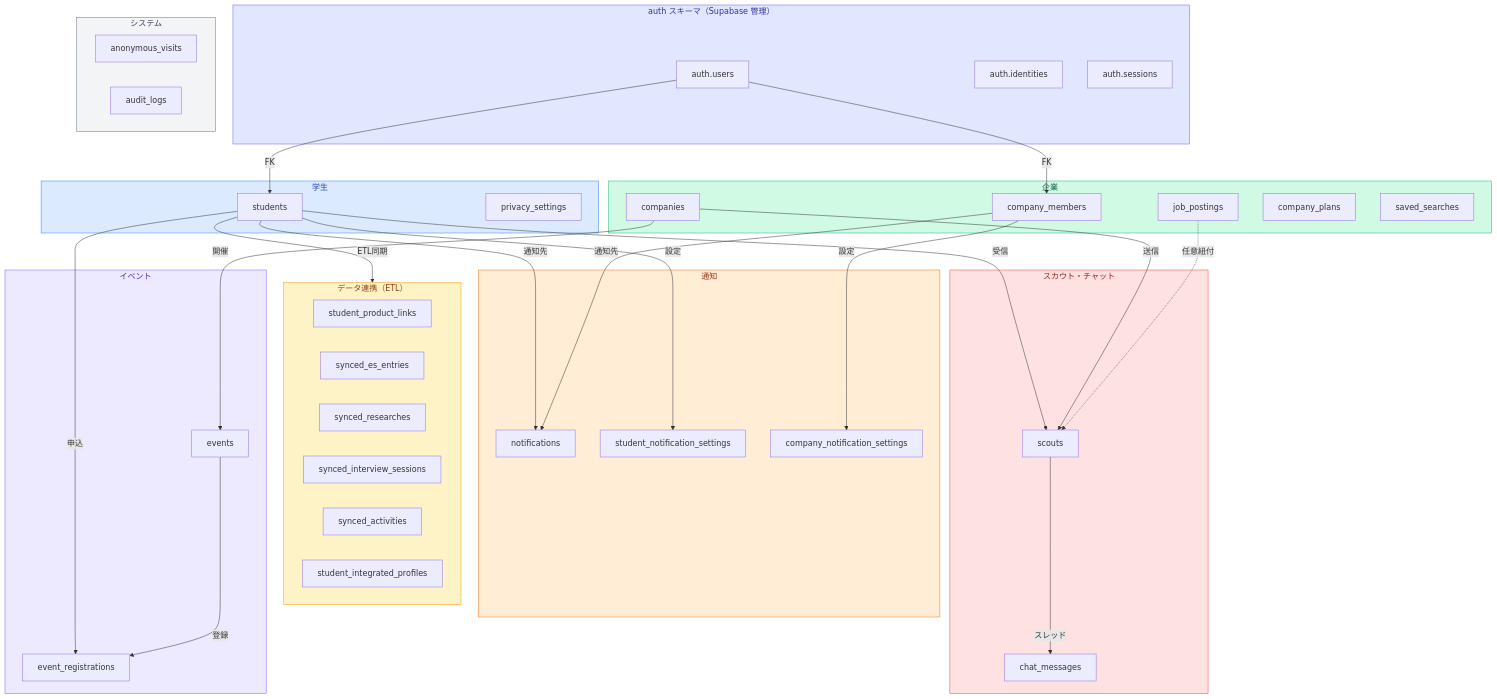
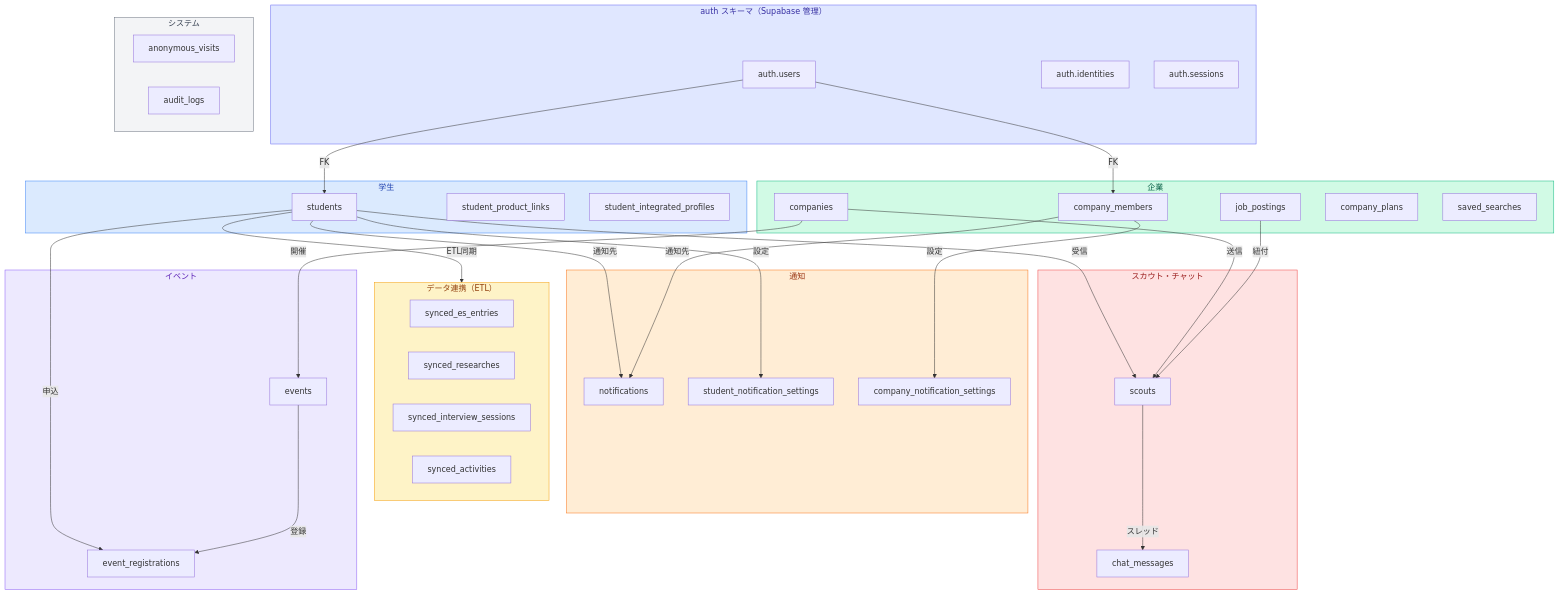
One commit to gakuhi/scout-vercel-deploy-repo changed the first of 2 diagrams in docs/development/03-schema.md. Above: the diagram before and after it, drawn with Mermaid. The commit also changed other lines of this file and 1 other file, not shown here.

````diff
--- a/docs/development/03-schema.md
+++ b/docs/development/03-schema.md
@@ -94,77 +94,76 @@
 ```mermaid
 flowchart TB
     subgraph auth["auth スキーマ（Supabase 管理）"]
         auth.users
         auth.identities
         auth.sessions
     end
 
     subgraph student["学生"]
         students
-        privacy_settings
+        student_product_links
+        student_integrated_profiles
     end
 
     subgraph sync["データ連携（ETL）"]
-        student_product_links
         synced_es_entries
         synced_researches
         synced_interview_sessions
         synced_activities
-        student_integrated_profiles
     end
 
     subgraph company["企業"]
         companies
         company_members
         job_postings
         company_plans
         saved_searches
     end
 
     subgraph scout_chat["スカウト・チャット"]
         scouts
         chat_messages
     end
 
     subgraph notify["通知"]
         notifications
         student_notification_settings
         company_notification_settings
     end
 
     subgraph event_g["イベント"]
         events
         event_registrations
     end
 
     subgraph system["システム"]
         anonymous_visits
         audit_logs
     end
 
     %% グループ間の主要リレーション
     auth.users -- "FK" --> students
     auth.users -- "FK" --> company_members
     students -- "ETL同期" --> sync
     students -- "受信" --> scouts
     companies -- "送信" --> scouts
     scouts -- "スレッド" --> chat_messages
     students -- "申込" --> event_registrations
     events -- "登録" --> event_registrations
     companies -- "開催" --> events
-    job_postings -. "任意紐付" .-> scouts
+    job_postings -- "紐付" --> scouts
     students -- "通知先" --> notifications
     students -- "設定" --> student_notification_settings
     company_members -- "通知先" --> notifications
     company_members -- "設定" --> company_notification_settings
 
     %% グループ色
     style auth fill:#e0e7ff,stroke:#6366f1,color:#3730a3
     style student fill:#dbeafe,stroke:#3b82f6,color:#1e40af
     style sync fill:#fef3c7,stroke:#f59e0b,color:#92400e
     style company fill:#d1fae5,stroke:#10b981,color:#065f46
     style scout_chat fill:#fee2e2,stroke:#ef4444,color:#991b1b
     style notify fill:#ffedd5,stroke:#f97316,color:#9a3412
     style event_g fill:#ede9fe,stroke:#8b5cf6,color:#5b21b6
     style system fill:#f3f4f6,stroke:#6b7280,color:#374151
 ```
````
